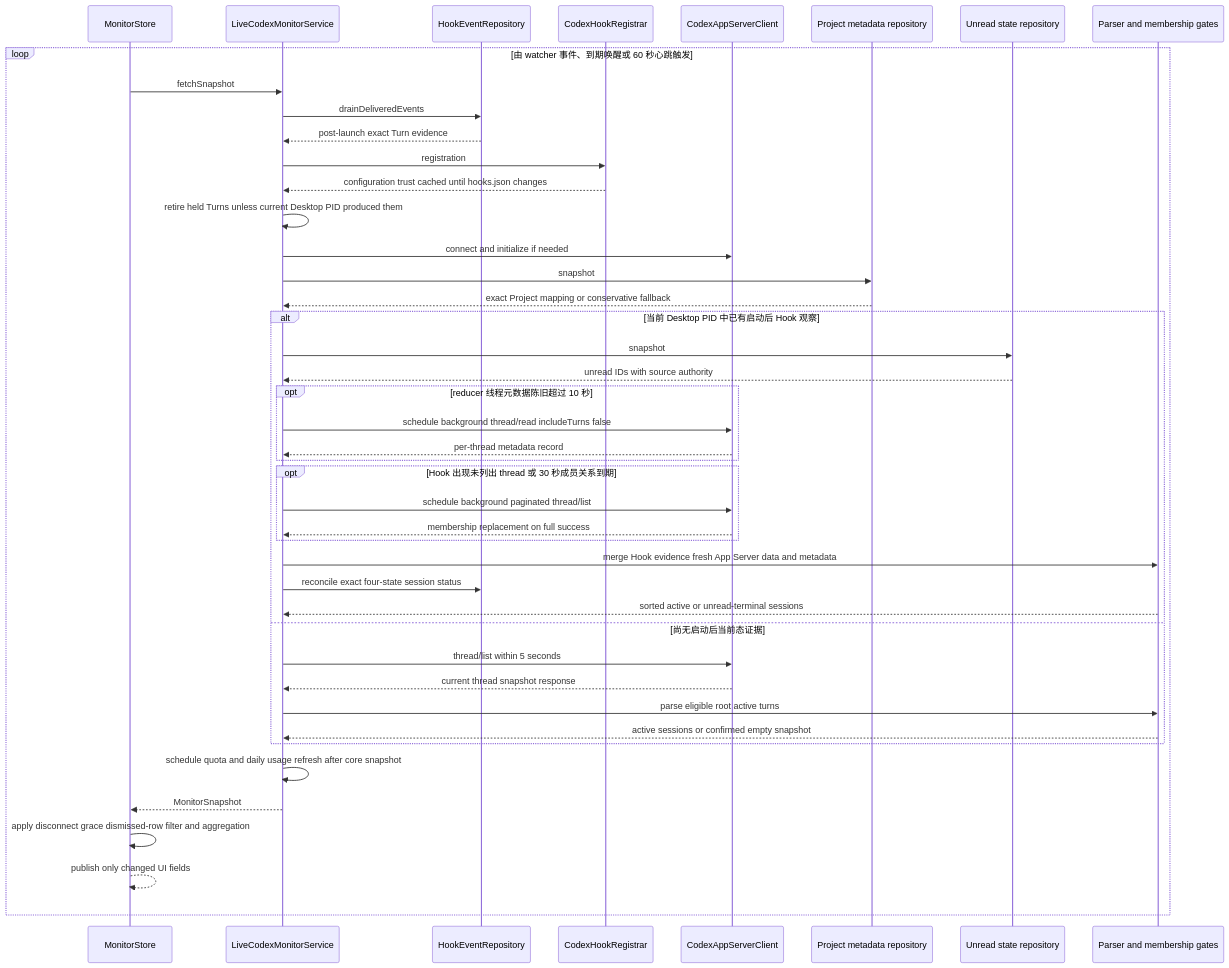
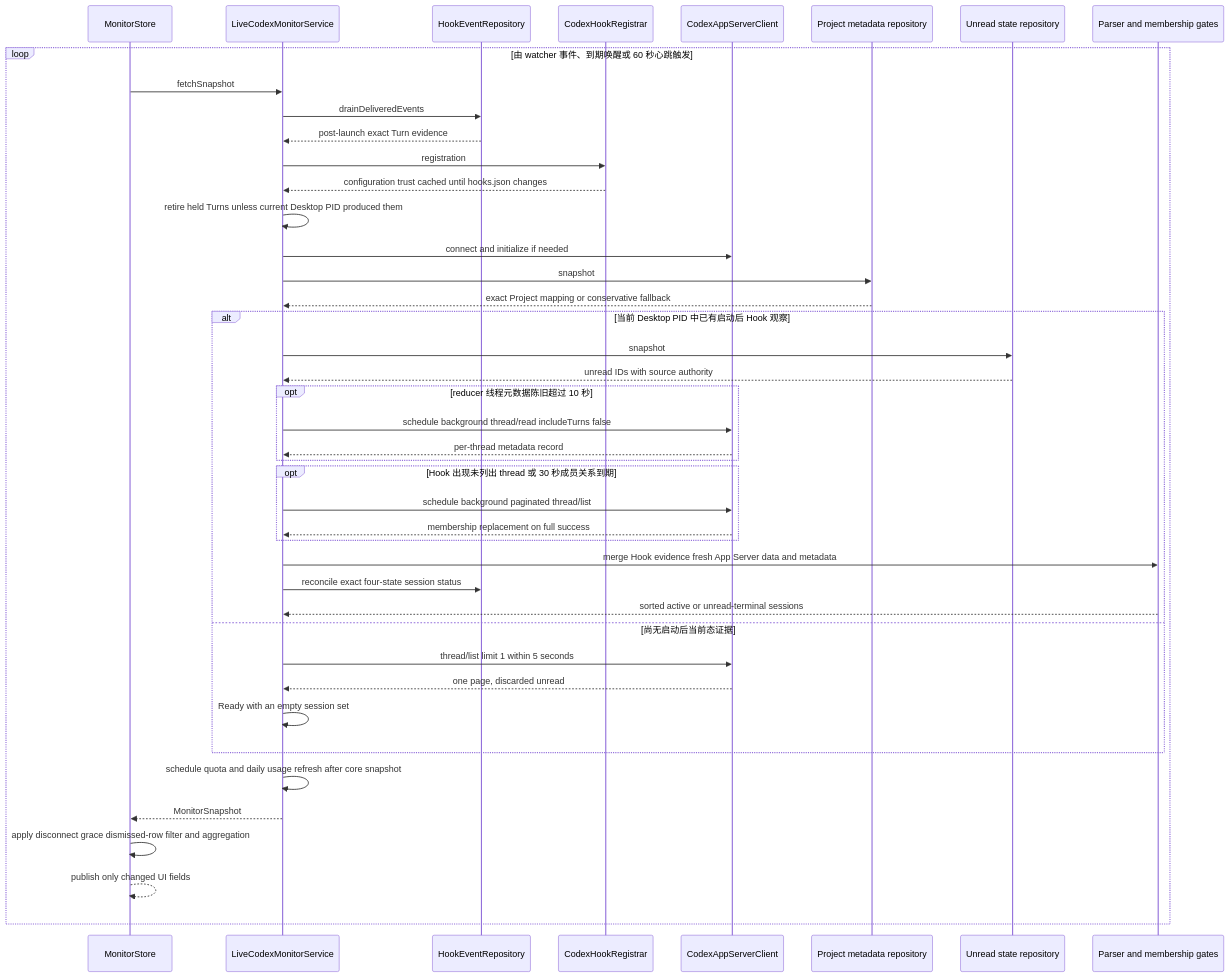
The second of 6 diagrams in docs/system-architecture.md (soondubu137/notchline), drawn with Mermaid before and after one commit. The commit also changed other lines of this file and 3 other files, not shown here.

````diff
--- a/docs/system-architecture.md
+++ b/docs/system-architecture.md
@@ -152,49 +152,48 @@
 ```mermaid
 sequenceDiagram
     participant store as MonitorStore
     participant service as LiveCodexMonitorService
     participant hooks as HookEventRepository
     participant registrar as CodexHookRegistrar
     participant appServer as CodexAppServerClient
     participant project as Project metadata repository
     participant unread as Unread state repository
     participant reducer as Parser and membership gates
 
     loop 由 watcher 事件、到期唤醒或 60 秒心跳触发
         store->>service: fetchSnapshot
         service->>hooks: drainDeliveredEvents
         hooks-->>service: post-launch exact Turn evidence
         service->>registrar: registration
         registrar-->>service: configuration trust cached until hooks.json changes
         service->>service: retire held Turns unless current Desktop PID produced them
         service->>appServer: connect and initialize if needed
         service->>project: snapshot
         project-->>service: exact Project mapping or conservative fallback
 
         alt 当前 Desktop PID 中已有启动后 Hook 观察
             service->>unread: snapshot
             unread-->>service: unread IDs with source authority
             opt reducer 线程元数据陈旧超过 10 秒
                 service->>appServer: schedule background thread/read includeTurns false
                 appServer-->>service: per-thread metadata record
             end
             opt Hook 出现未列出 thread 或 30 秒成员关系到期
                 service->>appServer: schedule background paginated thread/list
                 appServer-->>service: membership replacement on full success
             end
             service->>reducer: merge Hook evidence fresh App Server data and metadata
             service->>hooks: reconcile exact four-state session status
             reducer-->>service: sorted active or unread-terminal sessions
         else 尚无启动后当前态证据
-            service->>appServer: thread/list within 5 seconds
-            appServer-->>service: current thread snapshot response
-            service->>reducer: parse eligible root active turns
-            reducer-->>service: active sessions or confirmed empty snapshot
+            service->>appServer: thread/list limit 1 within 5 seconds
+            appServer-->>service: one page, discarded unread
+            service->>service: Ready with an empty session set
         end
 
         service->>service: schedule quota and daily usage refresh after core snapshot
         service-->>store: MonitorSnapshot
         store->>store: apply disconnect grace dismissed-row filter and aggregation
         store-->>store: publish only changed UI fields
     end
 ```
````
